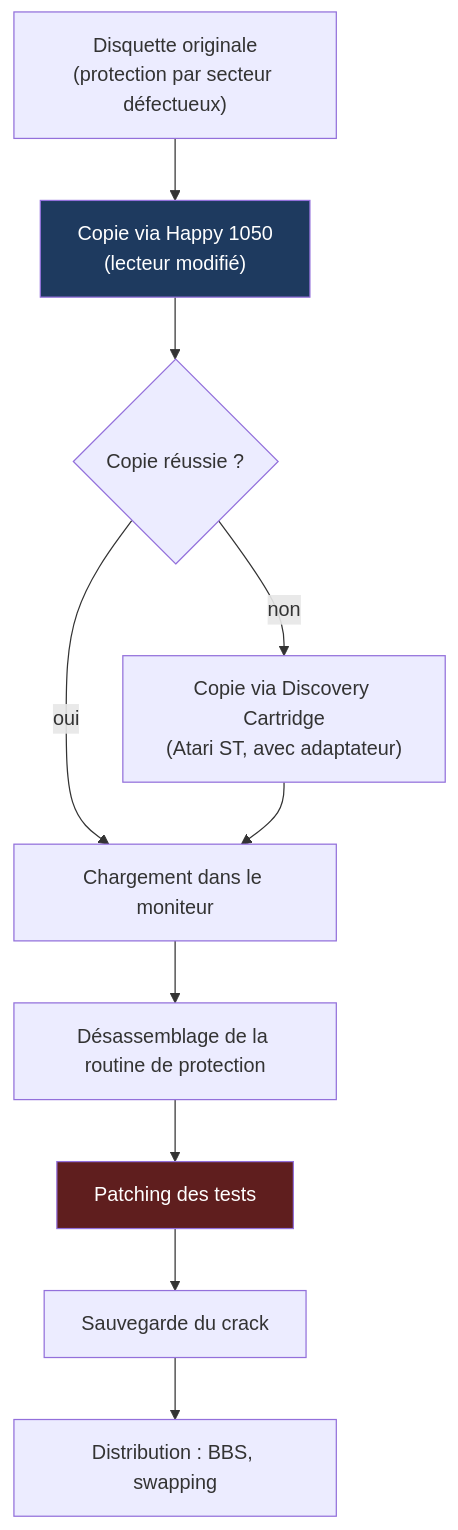
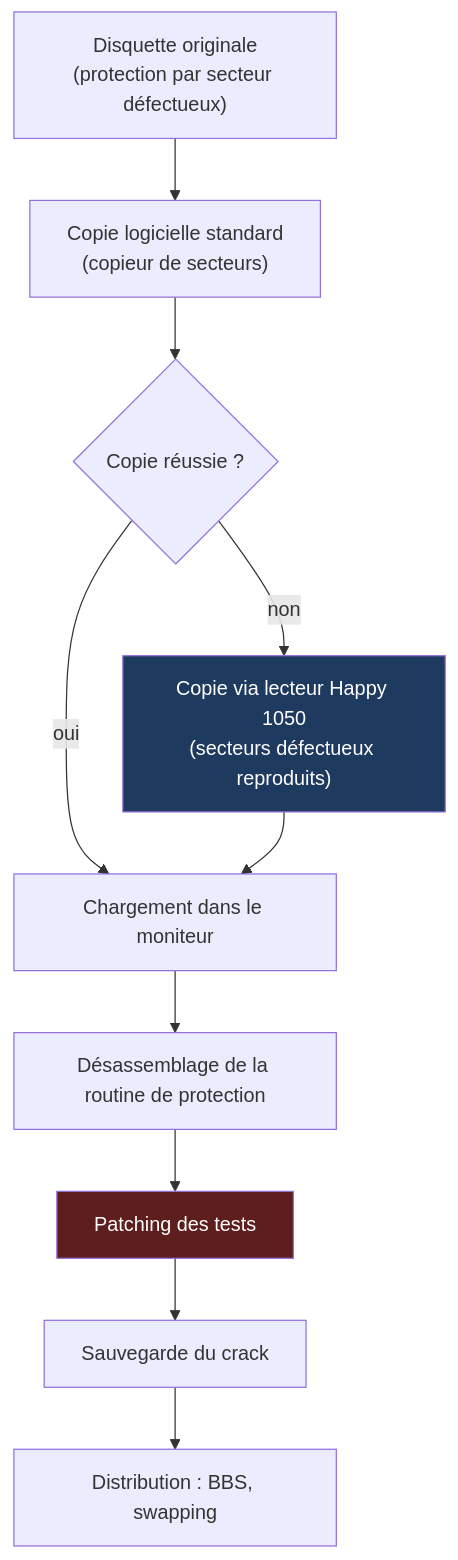
Before and after one commit to V-Demon/0xEA0xEA: the ninth of 14 diagrams in Softs.md, drawn with Mermaid. The commit also changed other lines of this file, not shown here.

````diff
--- a/Softs.md
+++ b/Softs.md
@@ -1214,14 +1209,14 @@
 ```mermaid
 flowchart TD
-    A["Disquette originale<br/>(protection par secteur défectueux)"] --> B["Copie via Happy 1050<br/>(lecteur modifié)"]
+    A["Disquette originale<br/>(protection par secteur défectueux)"] --> B["Copie logicielle standard<br/>(copieur de secteurs)"]
     B --> C{"Copie réussie ?"}
-    C -->|"non"| D["Copie via Discovery Cartridge<br/>(Atari ST, avec adaptateur)"]
+    C -->|"non"| D["Copie via lecteur Happy 1050<br/>(secteurs défectueux reproduits)"]
     C -->|"oui"| E["Chargement dans le moniteur"]
     D --> E
     E --> F["Désassemblage de la routine de protection"]
     F --> G["Patching des tests"]
     G --> H["Sauvegarde du crack"]
     H --> I["Distribution : BBS, swapping"]
-    style B fill:#1e3a5f,color:#fff
+    style D fill:#1e3a5f,color:#fff
     style G fill:#5f1e1e,color:#fff
 ```
````
